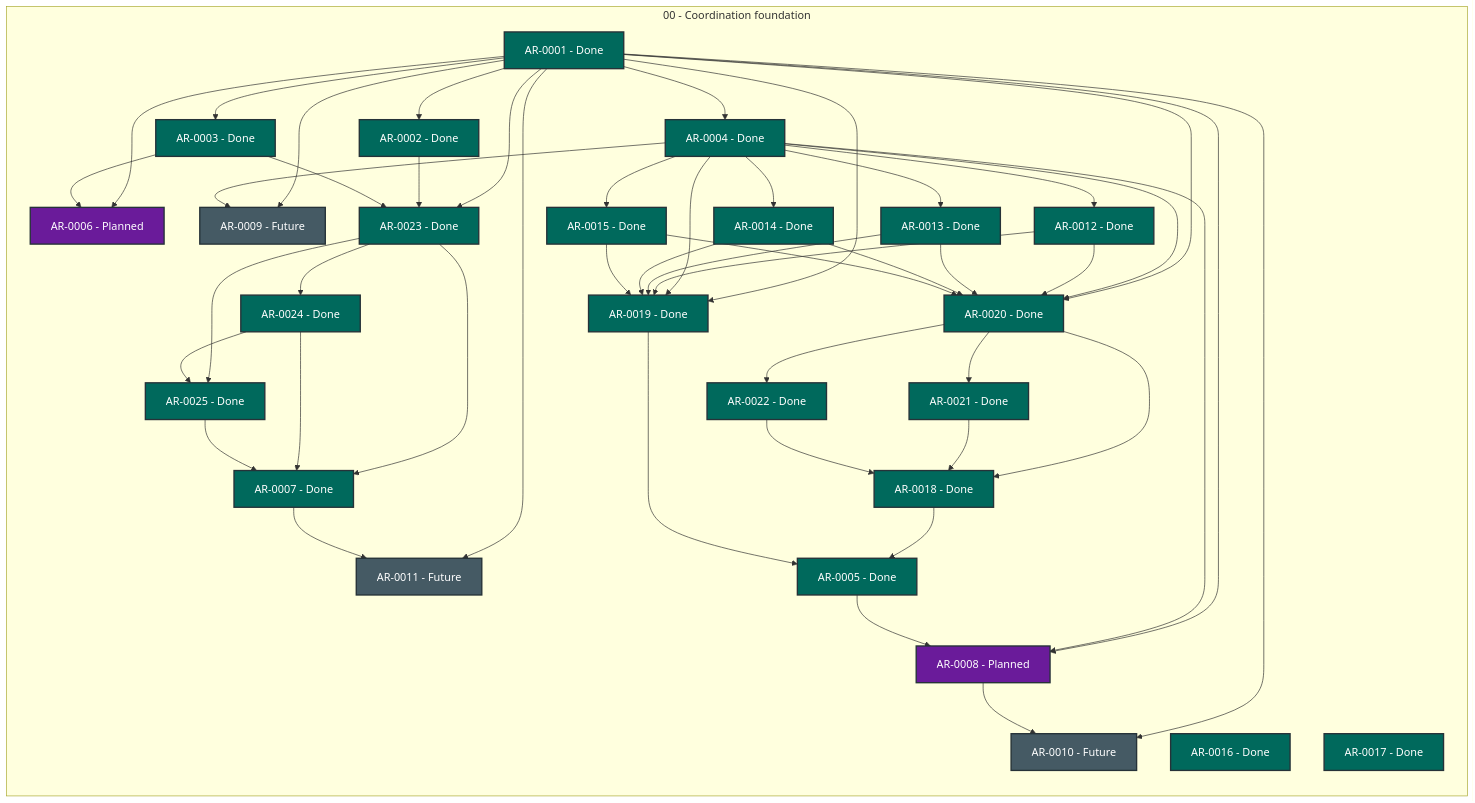
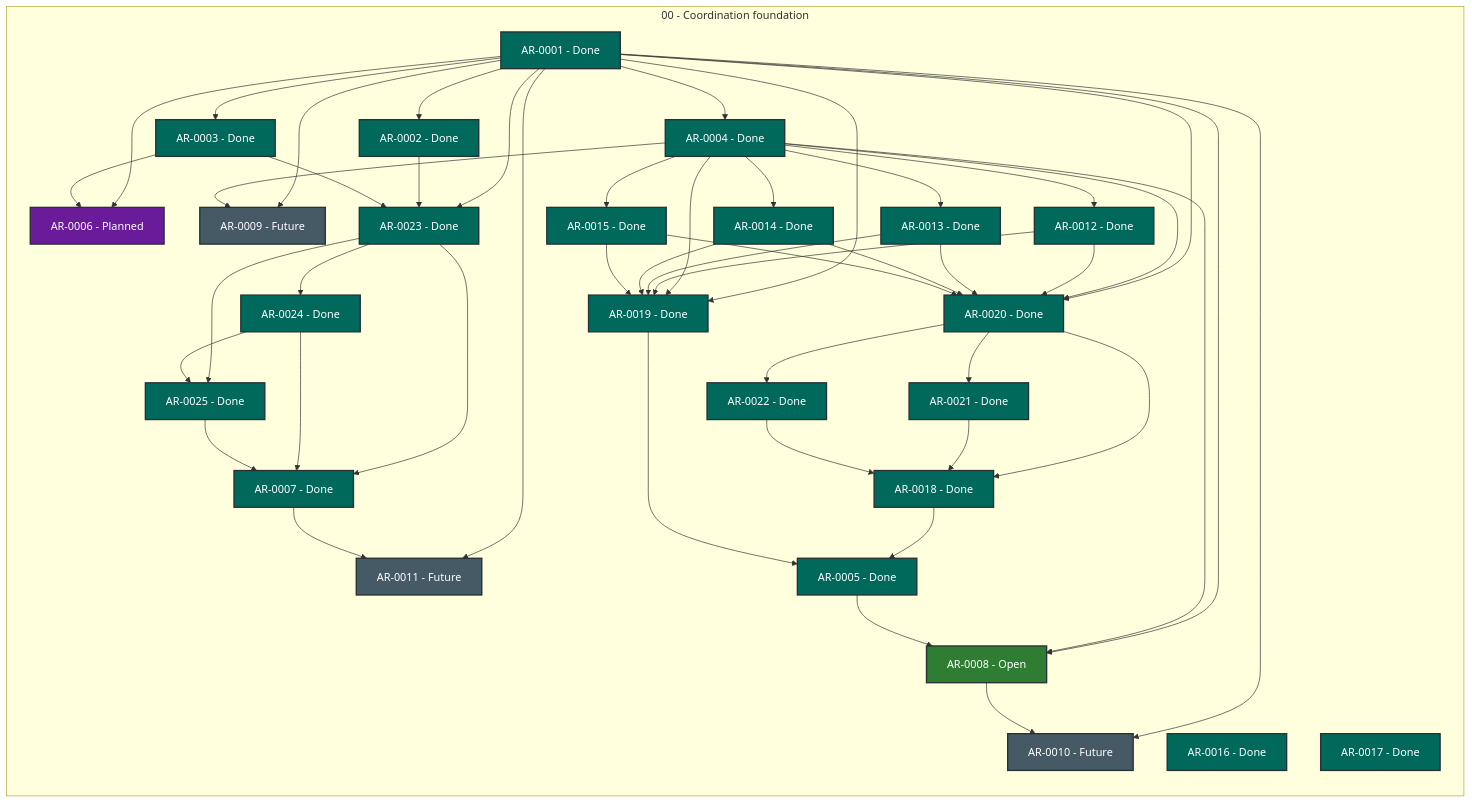
Before and after one commit to martin-beck/agent-workflow-quality-state: the diagram in STATUS.md, drawn with Mermaid. The commit also changed other lines of this file and 2 other files, not shown here.

```diff
--- a/STATUS.md
+++ b/STATUS.md
@@ -35,7 +35,7 @@
         AR_0005["AR-0005 - Done"]:::status_done
         AR_0006["AR-0006 - Planned"]:::status_planned
         AR_0007["AR-0007 - Done"]:::status_done
-        AR_0008["AR-0008 - Planned"]:::status_planned
+        AR_0008["AR-0008 - Open"]:::status_open
         AR_0009["AR-0009 - Future"]:::status_future
         AR_0010["AR-0010 - Future"]:::status_future
         AR_0011["AR-0011 - Future"]:::status_future
```
